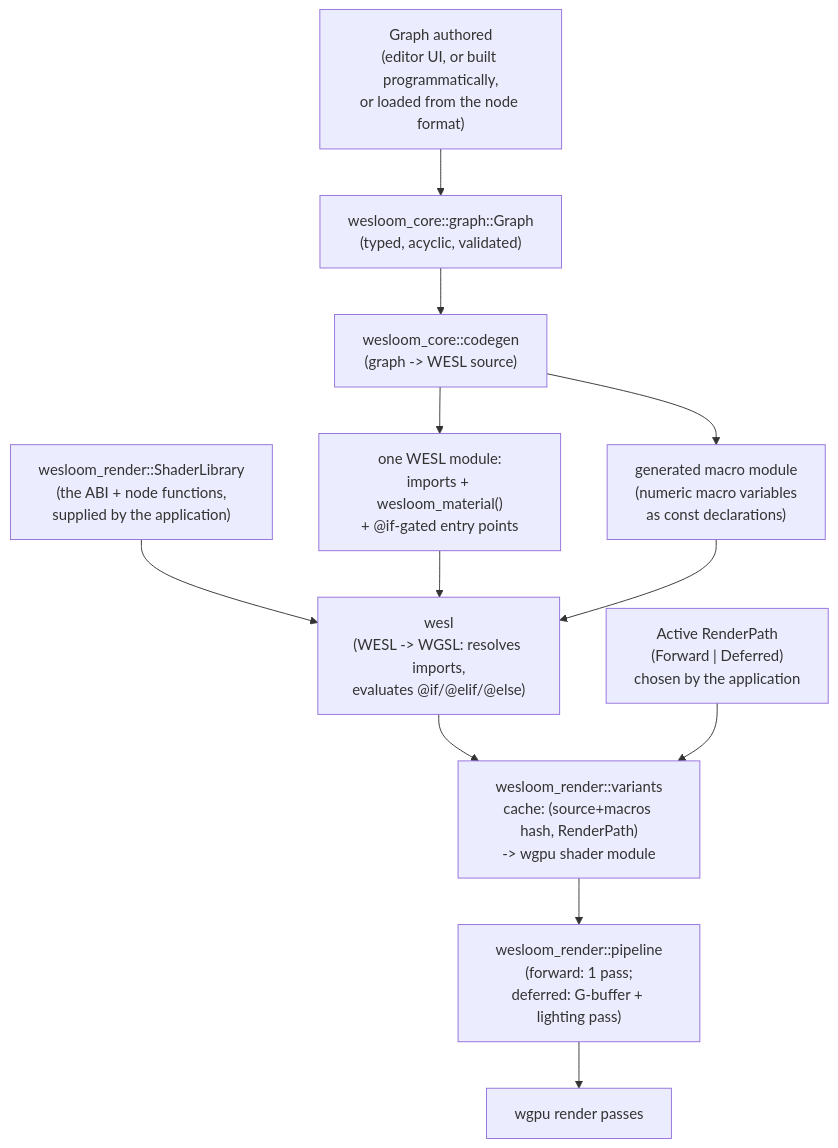
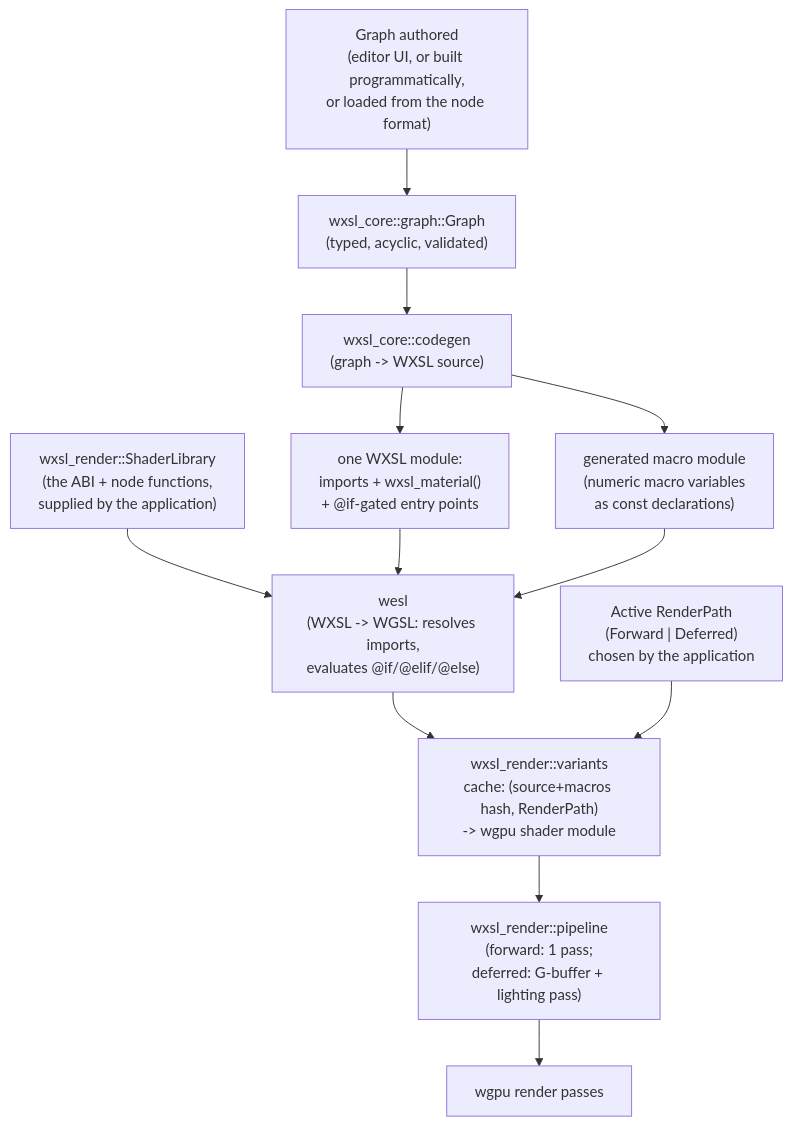
One commit to lapiequichante/wesloom changed the second of 2 diagrams in docs/architecture.md. Above: the diagram before and after it, drawn with Mermaid. The commit also changed other lines of this file and 148 other files, not shown here.

````diff
--- a/docs/architecture.md
+++ b/docs/architecture.md
@@ -83,14 +85,14 @@
 ```mermaid
 graph TD
     author["Graph authored<br/>(editor UI, or built programmatically,<br/>or loaded from the node format)"] --> model
-    model["wesloom_core::graph::Graph<br/>(typed, acyclic, validated)"] --> codegen["wesloom_core::codegen<br/>(graph -> WESL source)"]
-    codegen --> weslsrc["one WESL module:<br/>imports + wesloom_material()<br/>+ @if-gated entry points"]
+    model["wxsl_core::graph::Graph<br/>(typed, acyclic, validated)"] --> codegen["wxsl_core::codegen<br/>(graph -> WXSL source)"]
+    codegen --> weslsrc["one WXSL module:<br/>imports + wxsl_material()<br/>+ @if-gated entry points"]
     codegen --> macromod["generated macro module<br/>(numeric macro variables<br/>as const declarations)"]
-    library["wesloom_render::ShaderLibrary<br/>(the ABI + node functions,<br/>supplied by the application)"] --> compiler
-    weslsrc --> compiler["wesl<br/>(WESL -> WGSL: resolves imports,<br/>evaluates @if/@elif/@else)"]
+    library["wxsl_render::ShaderLibrary<br/>(the ABI + node functions,<br/>supplied by the application)"] --> compiler
+    weslsrc --> compiler["wesl<br/>(WXSL -> WGSL: resolves imports,<br/>evaluates @if/@elif/@else)"]
     macromod --> compiler
-    compiler --> variants["wesloom_render::variants<br/>cache: (source+macros hash, RenderPath)<br/>-> wgpu shader module"]
+    compiler --> variants["wxsl_render::variants<br/>cache: (source+macros hash, RenderPath)<br/>-> wgpu shader module"]
     path["Active RenderPath<br/>(Forward | Deferred)<br/>chosen by the application"] --> variants
-    variants --> pipeline["wesloom_render::pipeline<br/>(forward: 1 pass;<br/>deferred: G-buffer + lighting pass)"]
+    variants --> pipeline["wxsl_render::pipeline<br/>(forward: 1 pass;<br/>deferred: G-buffer + lighting pass)"]
     pipeline --> gpu["wgpu render passes"]
 ```
````
